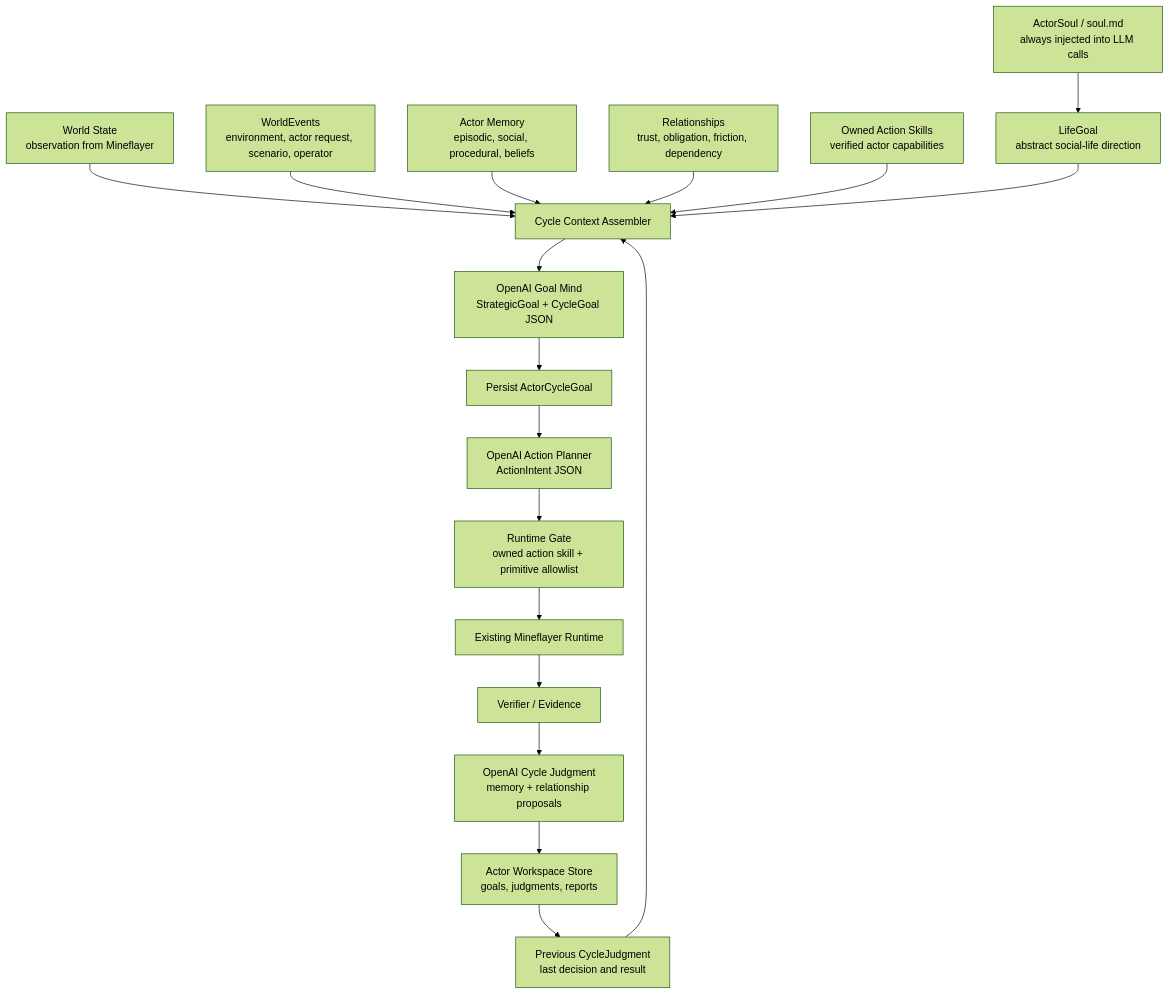
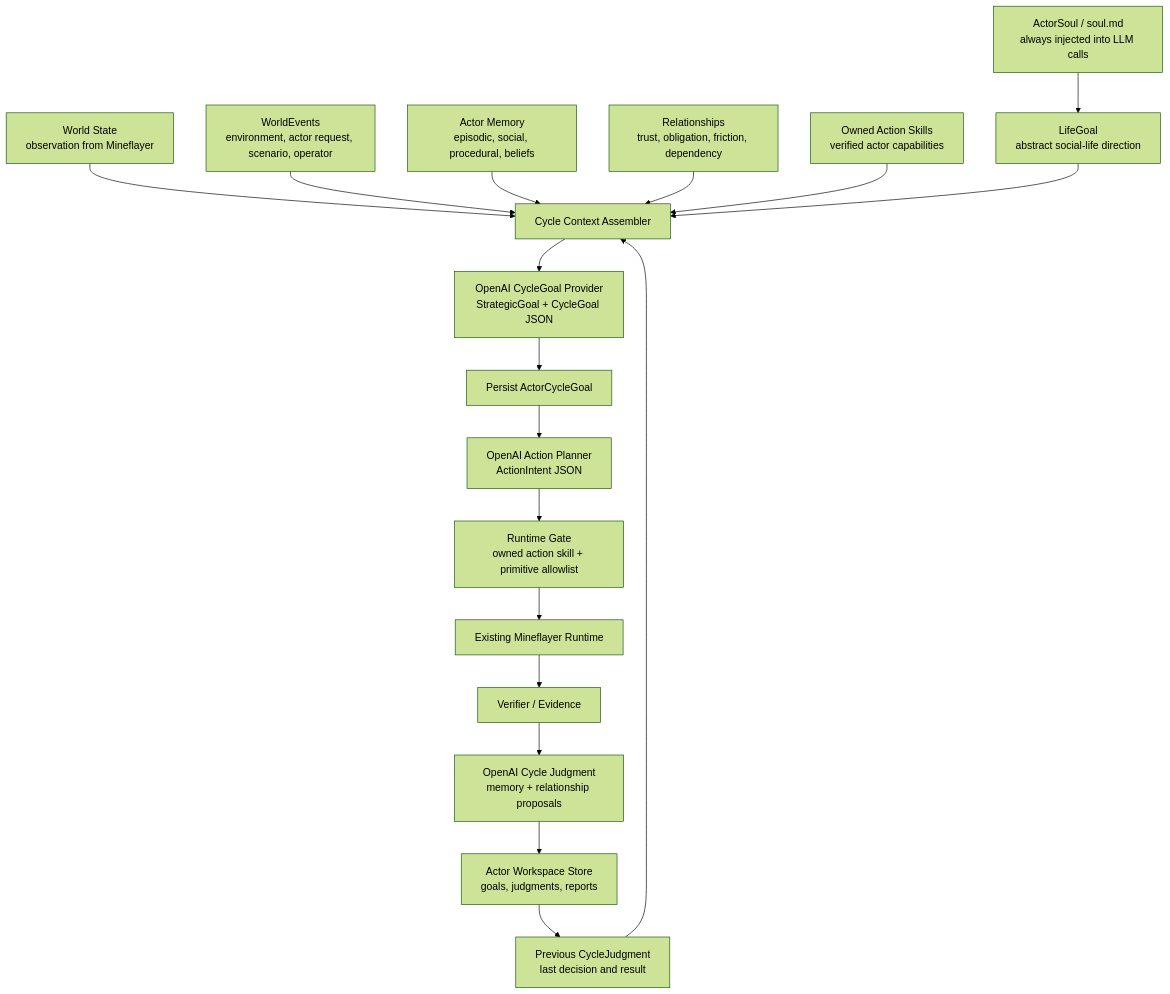
Before and after one commit to gigio1023/minecraft-llm-agent-community: the diagram in docs/docs/Architecture/composer-2.5-Soul-Life-Goal-Runtime-Implementation-Plan.md, drawn with Mermaid (forest theme). The commit also changed other lines of this file and 32 other files, not shown here.

````diff
--- a/docs/docs/Architecture/composer-2.5-Soul-Life-Goal-Runtime-Implementation-Plan.md
+++ b/docs/docs/Architecture/composer-2.5-Soul-Life-Goal-Runtime-Implementation-Plan.md
@@ -62,20 +62,20 @@
 ```mermaid
 flowchart TB
   Soul["ActorSoul / soul.md<br/>always injected into LLM calls"] --> LifeGoal["LifeGoal<br/>abstract social-life direction"]
   World["World State<br/>observation from Mineflayer"] --> Context["Cycle Context Assembler"]
   Events["WorldEvents<br/>environment, actor request, scenario, operator"] --> Context
   Memory["Actor Memory<br/>episodic, social, procedural, beliefs"] --> Context
   Relations["Relationships<br/>trust, obligation, friction, dependency"] --> Context
   Prev["Previous CycleJudgment<br/>last decision and result"] --> Context
   Skills["Owned Action Skills<br/>verified actor capabilities"] --> Context
   LifeGoal --> Context
-  Context --> GoalMind["OpenAI Goal Mind<br/>StrategicGoal + CycleGoal JSON"]
-  GoalMind --> CycleGoal["Persist ActorCycleGoal"]
+  Context --> CycleGoalProvider["OpenAI CycleGoal Provider<br/>StrategicGoal + CycleGoal JSON"]
+  CycleGoalProvider --> CycleGoal["Persist ActorCycleGoal"]
   CycleGoal --> ActionPlanner["OpenAI Action Planner<br/>ActionIntent JSON"]
   ActionPlanner --> Gate["Runtime Gate<br/>owned action skill + primitive allowlist"]
   Gate --> Runtime["Existing Mineflayer Runtime"]
   Runtime --> Verify["Verifier / Evidence"]
   Verify --> Judge["OpenAI Cycle Judgment<br/>memory + relationship proposals"]
   Judge --> Store["Actor Workspace Store<br/>goals, judgments, reports"]
   Store --> Prev
 ```
````
